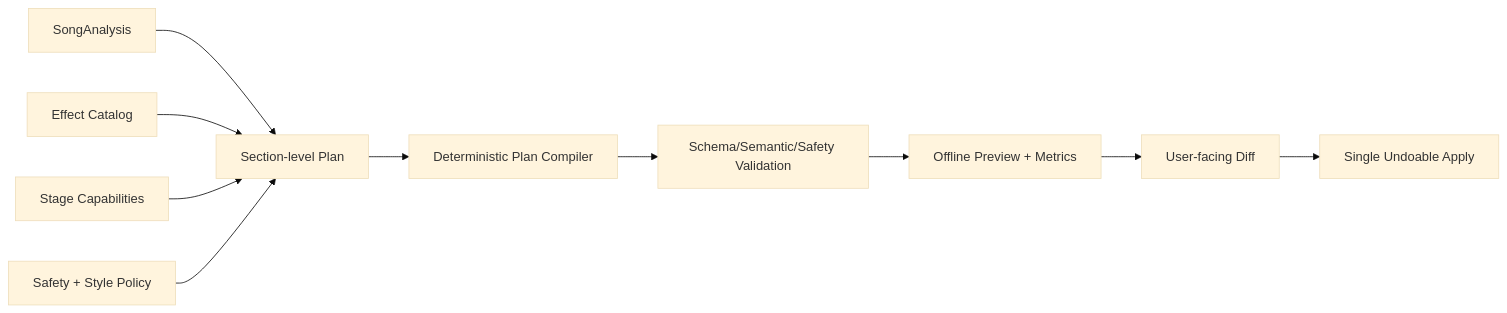
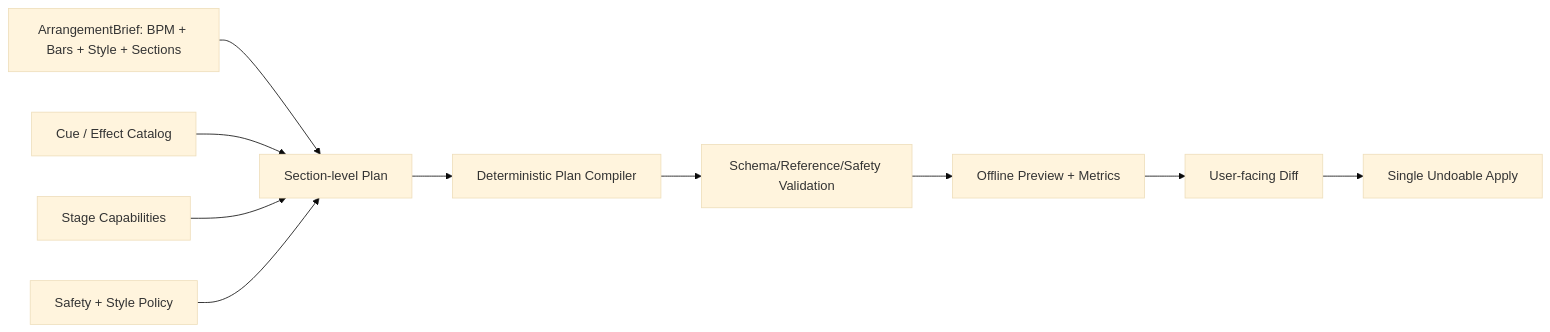
Before and after one commit to matozz/lumina-ai: the third of 3 diagrams in docs/lumina-overhaul-plan.md, drawn with Mermaid (base theme). The commit also changed other lines of this file and 4 other files, not shown here.

````diff
--- a/docs/lumina-overhaul-plan.md
+++ b/docs/lumina-overhaul-plan.md
@@ -854,12 +895,12 @@
 ```mermaid
 flowchart LR
-    SONG["SongAnalysis"] --> PLAN["Section-level Plan"]
-    CAT["Effect Catalog"] --> PLAN
+    BRIEF["ArrangementBrief: BPM + Bars + Style + Sections"] --> PLAN["Section-level Plan"]
+    CUES["Cue / Effect Catalog"] --> PLAN
     STAGE["Stage Capabilities"] --> PLAN
     POLICY["Safety + Style Policy"] --> PLAN
     PLAN --> COMPILE["Deterministic Plan Compiler"]
-    COMPILE --> VALIDATE["Schema/Semantic/Safety Validation"]
+    COMPILE --> VALIDATE["Schema/Reference/Safety Validation"]
     VALIDATE --> PREVIEW["Offline Preview + Metrics"]
     PREVIEW --> DIFF["User-facing Diff"]
     DIFF --> APPLY["Single Undoable Apply"]
 ```
````
